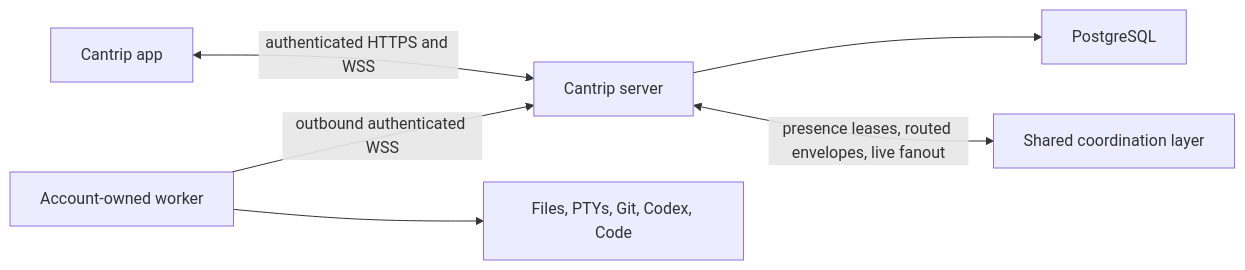
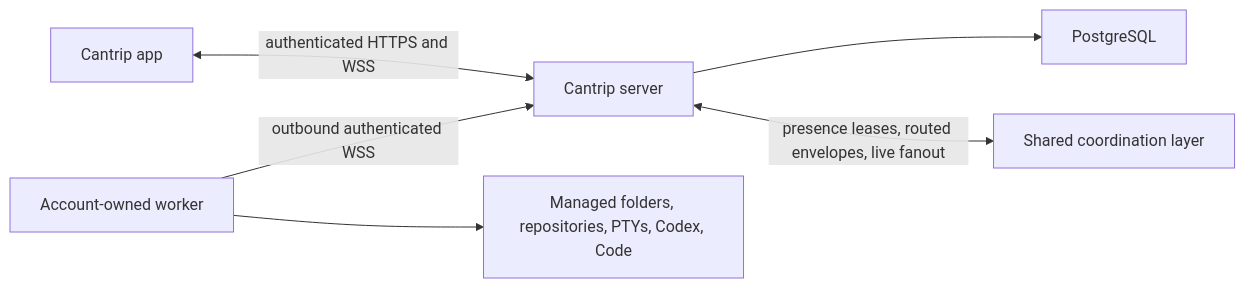
One commit to ArcaneArts/Cantrip changed the diagram in docs/HOSTED_SECURITY_ARCHITECTURE.md. Above: the diagram before and after it, drawn with Mermaid. The commit also changed other lines of this file and 13 other files, not shown here.

````diff
--- a/docs/HOSTED_SECURITY_ARCHITECTURE.md
+++ b/docs/HOSTED_SECURITY_ARCHITECTURE.md
@@ -20,15 +21,15 @@
 ```mermaid
 flowchart LR
     APP["Cantrip app"]
     API["Cantrip server"]
     DB["PostgreSQL"]
     BUS["Shared coordination layer"]
     WORKER["Account-owned worker"]
-    FILES["Files, PTYs, Git, Codex, Code"]
+    FILES["Managed folders, repositories, PTYs, Codex, Code"]
 
     APP <-->|"authenticated HTTPS and WSS"| API
     API --> DB
     API <-->|"presence leases, routed envelopes, live fanout"| BUS
     WORKER -->|"outbound authenticated WSS"| API
     WORKER --> FILES
 ```
````
